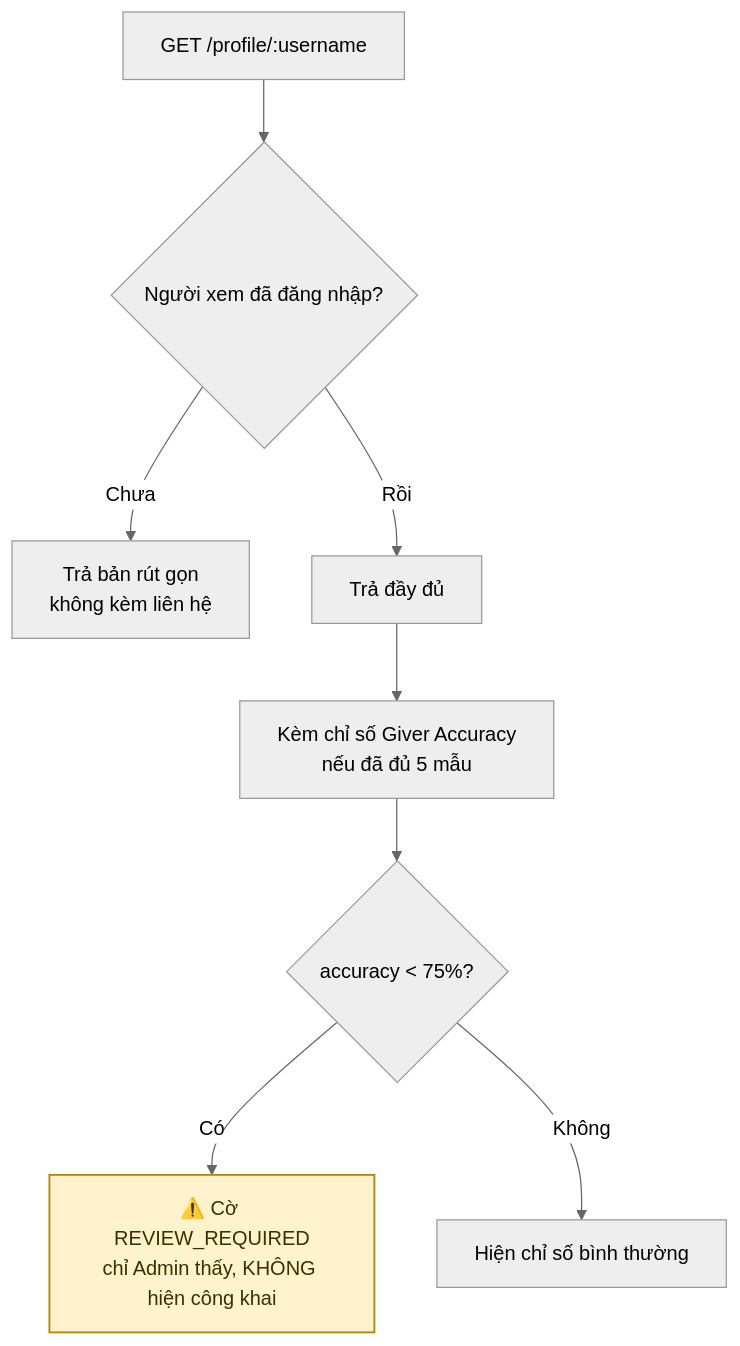
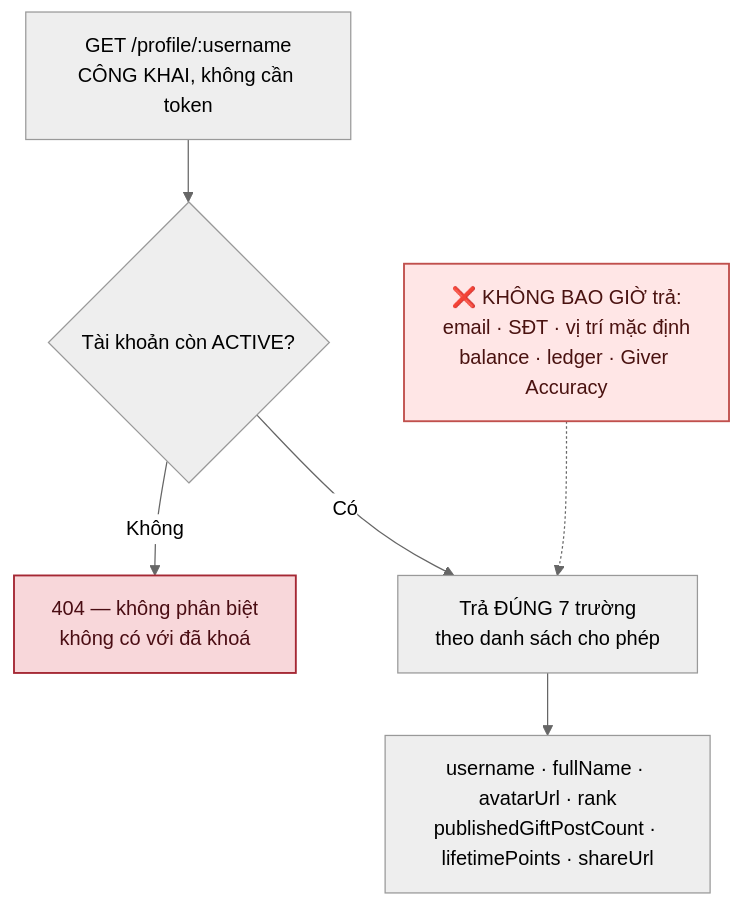
Before and after one commit to fdshn/trueheart: the fifth of 6 diagrams in docs/diagram/02-profile.md, drawn with Mermaid (neutral theme). The commit also changed other lines of this file and 43 other files, not shown here.

````diff
--- a/docs/diagram/02-profile.md
+++ b/docs/diagram/02-profile.md
@@ -159,12 +198,13 @@
 ```mermaid
 flowchart TD
-    A["GET /profile/:username"] --> B{Người xem đã đăng nhập?}
-    B -->|Chưa| C[Trả bản rút gọn<br/>không kèm liên hệ]
-    B -->|Rồi| D[Trả đầy đủ]
-    D --> E[Kèm chỉ số Giver Accuracy<br/>nếu đã đủ 5 mẫu]
-    E --> F{accuracy < 75%?}
-    F -->|Có| G[⚠️ Cờ REVIEW_REQUIRED<br/>chỉ Admin thấy, KHÔNG hiện công khai]
-    F -->|Không| H[Hiện chỉ số bình thường]
+    A["GET /profile/:username<br/>CÔNG KHAI, không cần token"] --> B{Tài khoản còn ACTIVE?}
+    B -->|Không| C[404 — không phân biệt<br/>không có với đã khoá]
+    B -->|Có| D["Trả ĐÚNG 7 trường<br/>theo danh sách cho phép"]
 
-    style G fill:#fff3cd,stroke:#b8860b,stroke-width:1.5px,color:#3d2f00
+    D --> E["username · fullName · avatarUrl · rank<br/>publishedGiftPostCount · lifetimePoints · shareUrl"]
+
+    F["❌ KHÔNG BAO GIỜ trả:<br/>email · SĐT · vị trí mặc định<br/>balance · ledger · Giver Accuracy"] -.-> D
+
+    style C fill:#f8d7da,stroke:#a52834,stroke-width:1.5px,color:#4a0d13
+    style F fill:#ffe6e6,stroke:#c0504d,stroke-width:1.5px,color:#4a1210
 ```
````
